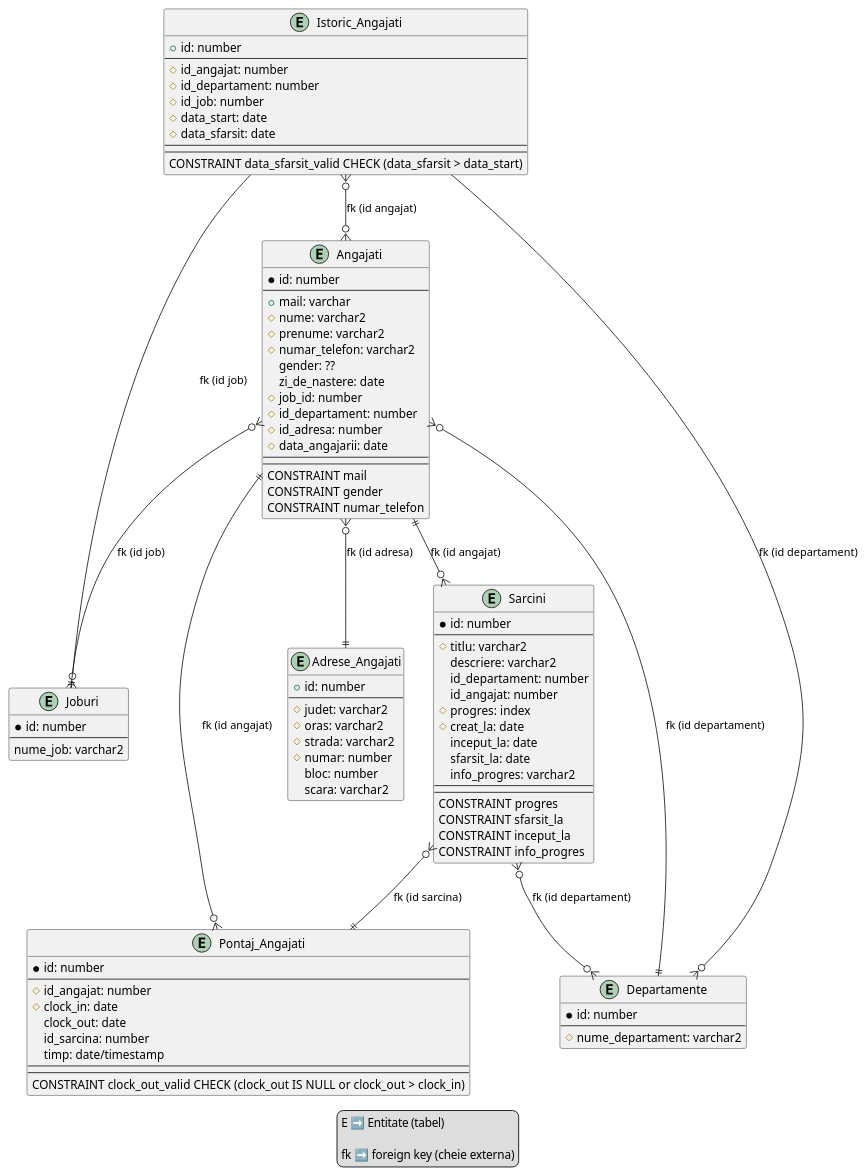
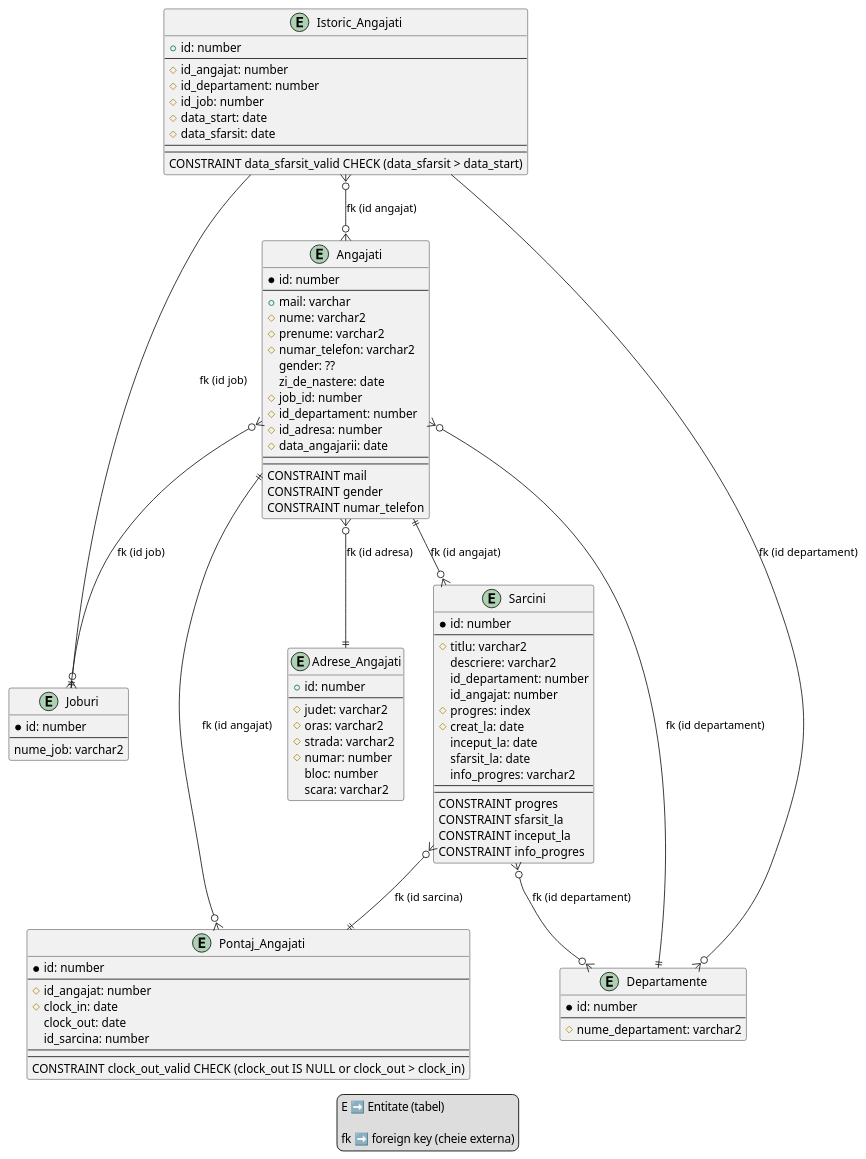
The diagram in diagrams/diagram.puml (BalteiVasile/db-auto-service-project), drawn with PlantUML before and after one commit. The commit also changed 4 other files, not shown here.

```diff
--- a/diagrams/diagram.puml
+++ b/diagrams/diagram.puml
@@ -1,116 +1,115 @@
 @startuml service_auto
 
 entity Angajati
 {
   *id: number
   --
   +mail: varchar
   #nume: varchar2
   #prenume: varchar2
   #numar_telefon: varchar2
   gender: ??
   zi_de_nastere: date
   #job_id: number
   #id_departament: number
   #id_adresa: number
   #data_angajarii: date
   --
   --
   CONSTRAINT mail
   CONSTRAINT gender
   CONSTRAINT numar_telefon
 }
 
 entity Joburi
 {
   *id: number
   --
   nume_job: varchar2
 }
 
 entity Departamente
 {
   *id: number
   --
   #nume_departament: varchar2
 }
 
 entity Sarcini
 {
   *id: number
   --
   #titlu: varchar2
   descriere: varchar2
   id_departament: number
   id_angajat: number
   #progres: index
   #creat_la: date
   inceput_la: date
   sfarsit_la: date
   info_progres: varchar2
   --
   --
   CONSTRAINT progres
   CONSTRAINT sfarsit_la
   CONSTRAINT inceput_la
   CONSTRAINT info_progres
 }
 
 entity Pontaj_Angajati
 {
   *id: number
   --
   #id_angajat: number
   #clock_in: date
   clock_out: date
   id_sarcina: number
-  timp: date/timestamp
   --
   --
   CONSTRAINT clock_out_valid CHECK (clock_out IS NULL or clock_out > clock_in)
 }
 
 entity Adrese_Angajati
 {
   +id: number
   --
   #judet: varchar2
   #oras: varchar2
   #strada: varchar2
   #numar: number
   bloc: number
   scara: varchar2
 }
 
 entity Istoric_Angajati
 {
   +id: number
   --
   #id_angajat: number
   #id_departament: number
   #id_job: number
   #data_start: date
   #data_sfarsit: date
   --
   --
   CONSTRAINT data_sfarsit_valid CHECK (data_sfarsit > data_start)
 }
 
 Angajati }o--|| Joburi: "fk (id job)"
 Angajati }o--|| Adrese_Angajati: "fk (id adresa)"
 Angajati }o--|| Departamente: "fk (id departament)"
 Angajati ||--o{ Pontaj_Angajati: "fk (id angajat)"
 Angajati ||--o{ Sarcini: "fk (id angajat)"
 Sarcini  }o--o{ Departamente: "fk (id departament)"
 Sarcini  }o--|| Pontaj_Angajati: "fk (id sarcina)"
 Istoric_Angajati --o{ Joburi: "fk (id job)"
 Istoric_Angajati --o{ Departamente: "fk (id departament)"
 Istoric_Angajati }o--o{ Angajati: "fk (id angajat)"
 
 legend
   E ➡️ Entitate (tabel)
 
   fk ➡️ foreign key (cheie externa)
 endlegend
 
 @enduml
```
